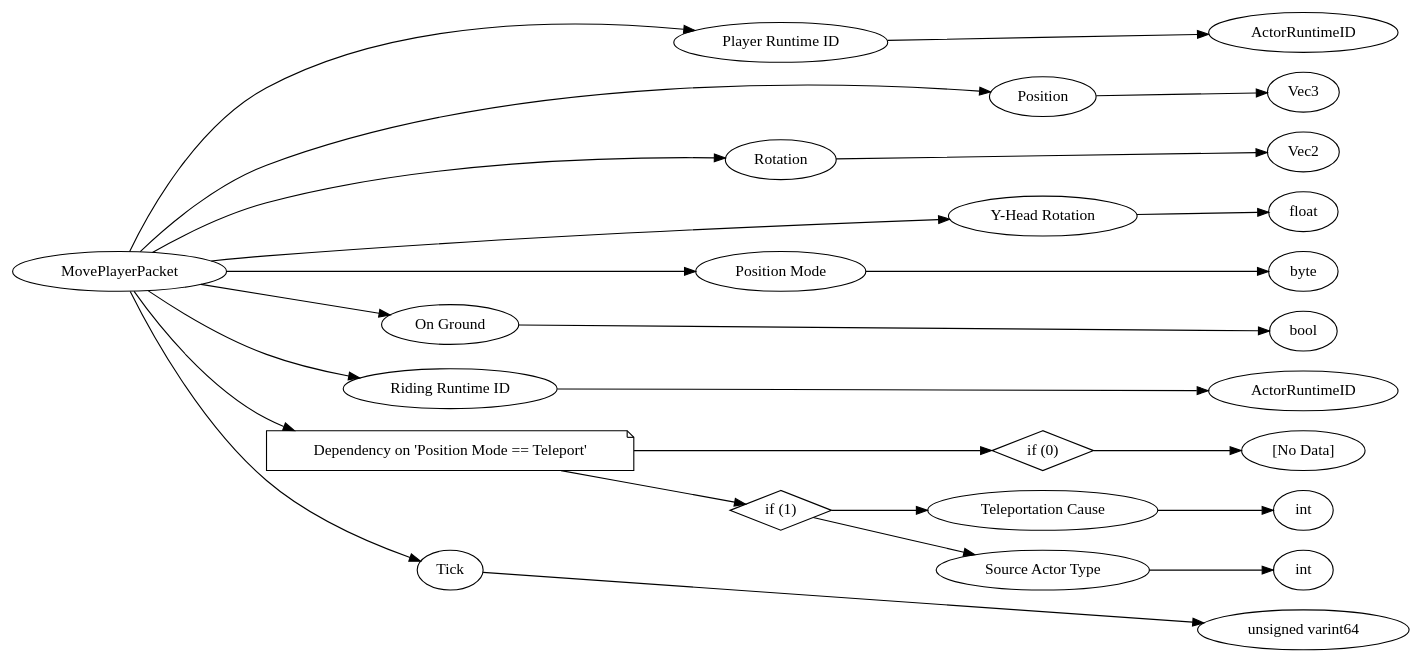
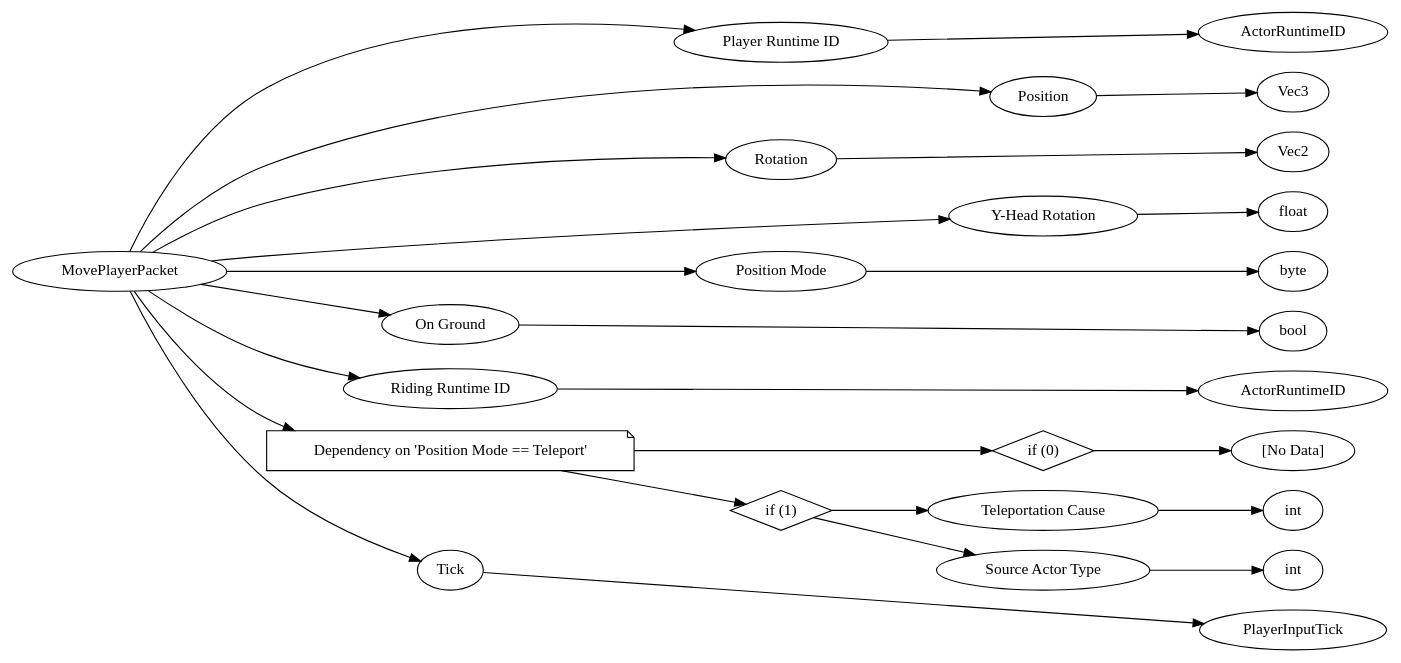
Before and after one commit to MiemieMethod/bedrock-docs-generator: the diagram in assets/protocols/dot/MovePlayerPacket.dot, drawn with Graphviz. The commit also changed 286 other files, not shown here.

```diff
--- a/assets/protocols/dot/MovePlayerPacket.dot
+++ b/assets/protocols/dot/MovePlayerPacket.dot
@@ -1,56 +1,56 @@
 digraph "MovePlayerPacket" {
 rankdir = LR
 0
 0 -> 1
 1 -> 2
 0 -> 3
 3 -> 4
 0 -> 5
 5 -> 6
 0 -> 7
 7 -> 8
 0 -> 9
 9 -> 10
 0 -> 11
 11 -> 12
 0 -> 13
 13 -> 14
 0 -> 15
 15 -> 16
 16 -> 17
 15 -> 18
 18 -> 19
 19 -> 20
 18 -> 21
 21 -> 22
 0 -> 23
-23 -> 24
+23 -> 27
 
 0 [label="MovePlayerPacket",comment="name: \"MovePlayerPacket\", typeName: \"\", id: 0, branchId: 19, recurseId: -1, attributes: 0, notes: \"\""];
-1 [label="Player Runtime ID",comment="name: \"Player Runtime ID\", typeName: \"ActorRuntimeID\", id: 1, branchId: 0, recurseId: -1, attributes: 256, notes: \"\""];
+1 [label="Player Runtime ID",comment="name: \"Player Runtime ID\", typeName: \"ActorRuntimeID\", id: 1, branchId: 0, recurseId: -1, attributes: 256, notes: \"If server-bound, this is always the id of the sending player. If client-bound, the target player.\""];
 2 [label="ActorRuntimeID",comment="name: \"ActorRuntimeID\", typeName: \"\", id: 2, branchId: 0, recurseId: -1, attributes: 512, notes: \"\""];
-3 [label="Position",comment="name: \"Position\", typeName: \"Vec3\", id: 3, branchId: 0, recurseId: -1, attributes: 256, notes: \"\""];
+3 [label="Position",comment="name: \"Position\", typeName: \"Vec3\", id: 3, branchId: 0, recurseId: -1, attributes: 256, notes: \"The predicted world space position of the player after movement simulation this tick. The server authoritative equivalent of this is PlayerAuthInputPacket::mPos\""];
 4 [label="Vec3",comment="name: \"Vec3\", typeName: \"\", id: 4, branchId: 0, recurseId: -1, attributes: 512, notes: \"\""];
-5 [label="Rotation",comment="name: \"Rotation\", typeName: \"Vec2\", id: 5, branchId: 0, recurseId: -1, attributes: 256, notes: \"\""];
+5 [label="Rotation",comment="name: \"Rotation\", typeName: \"Vec2\", id: 5, branchId: 0, recurseId: -1, attributes: 256, notes: \"Rotation in degrees of the direction they should look, separate from their body orientation. The server authoritative equivalent of this is PlayerAuthInputPacket::mRot\""];
 6 [label="Vec2",comment="name: \"Vec2\", typeName: \"\", id: 6, branchId: 0, recurseId: -1, attributes: 512, notes: \"\""];
-7 [label="Y-Head Rotation",comment="name: \"Y-Head Rotation\", typeName: \"\", id: 7, branchId: 0, recurseId: -1, attributes: 0, notes: \"\""];
+7 [label="Y-Head Rotation",comment="name: \"Y-Head Rotation\", typeName: \"\", id: 7, branchId: 0, recurseId: -1, attributes: 0, notes: \"Rotation in degrees of the head. Almost always matches Y rotation. The server authoritative equivalent of this is PlayerAuthInputPacket::mYHeadRot\""];
 8 [label="float",comment="name: \"float\", typeName: \"\", id: 8, branchId: 0, recurseId: -1, attributes: 512, notes: \"\""];
-9 [label="Position Mode",comment="name: \"Position Mode\", typeName: \"\", id: 9, branchId: 0, recurseId: -1, attributes: 0, notes: \"\""];
+9 [label="Position Mode",comment="name: \"Position Mode\", typeName: \"\", id: 9, branchId: 0, recurseId: -1, attributes: 0, notes: \"Determines how the client will behave when receiving this, see the enum for details. When sent to the server this is always 'Normal' except when in a vehicle then it's 'OnlyHeadRot'.\""];
 10 [label="byte",comment="name: \"byte\", typeName: \"\", id: 10, branchId: 0, recurseId: -1, attributes: 512, notes: \"\""];
-11 [label="On Ground",comment="name: \"On Ground\", typeName: \"\", id: 11, branchId: 0, recurseId: -1, attributes: 0, notes: \"\""];
+11 [label="On Ground",comment="name: \"On Ground\", typeName: \"\", id: 11, branchId: 0, recurseId: -1, attributes: 0, notes: \"For client bound packets this should have little meaning as it will be reset by the client every frame. For server bound it is true if the player is currently touching the ground. This is indicated by physics trying to move the player down and being stopped by collision. If the player falls freely or moves up it is cleared. If the player isn't affected by gravity this will stay at whatever value it had. The server authoritative near-equivalent of this is PlayerAuthInputPacket::InputData::VerticalCollision\""];
 12 [label="bool",comment="name: \"bool\", typeName: \"\", id: 12, branchId: 0, recurseId: -1, attributes: 512, notes: \"\""];
-13 [label="Riding Runtime ID",comment="name: \"Riding Runtime ID\", typeName: \"ActorRuntimeID\", id: 13, branchId: 0, recurseId: -1, attributes: 256, notes: \"\""];
+13 [label="Riding Runtime ID",comment="name: \"Riding Runtime ID\", typeName: \"ActorRuntimeID\", id: 13, branchId: 0, recurseId: -1, attributes: 256, notes: \"If client bound this has no meaning. If server bound it is the vehicle the client is riding as specified by the last SetActorLinkPacket from the server. The server authoritative near-equivalent is PlayerAuthInputPacket::mClientPredictedVehicle\""];
 14 [label="ActorRuntimeID",comment="name: \"ActorRuntimeID\", typeName: \"\", id: 14, branchId: 0, recurseId: -1, attributes: 512, notes: \"\""];
 15 [label="Dependency on 'Position Mode == Teleport'",shape=note,comment="name: \"Dependency on 'Position Mode == Teleport'\", typeName: \"\", id: 15, branchId: 0, recurseId: -1, attributes: 2, notes: \"\""];
 16 [label="if (0)",shape=diamond,comment="name: \"if (0)\", typeName: \"\", id: 16, branchId: 0, recurseId: -1, attributes: 4, notes: \"\""];
 17 [label="[No Data]",comment="name: \"[No Data]\", typeName: \"\", id: 17, branchId: 0, recurseId: -1, attributes: 512, notes: \"\""];
 18 [label="if (1)",shape=diamond,comment="name: \"if (1)\", typeName: \"\", id: 18, branchId: 1, recurseId: -1, attributes: 4, notes: \"\""];
-19 [label="Teleportation Cause",comment="name: \"Teleportation Cause\", typeName: \"\", id: 19, branchId: 0, recurseId: -1, attributes: 0, notes: \"\""];
+19 [label="Teleportation Cause",comment="name: \"Teleportation Cause\", typeName: \"\", id: 19, branchId: 0, recurseId: -1, attributes: 0, notes: \"Always zero if server bound.\""];
 20 [label="int",comment="name: \"int\", typeName: \"\", id: 20, branchId: 0, recurseId: -1, attributes: 512, notes: \"\""];
-21 [label="Source Actor Type",comment="name: \"Source Actor Type\", typeName: \"\", id: 21, branchId: 0, recurseId: -1, attributes: 0, notes: \"\""];
+21 [label="Source Actor Type",comment="name: \"Source Actor Type\", typeName: \"\", id: 21, branchId: 0, recurseId: -1, attributes: 0, notes: \"Always zero if server bound.\""];
 22 [label="int",comment="name: \"int\", typeName: \"\", id: 22, branchId: 0, recurseId: -1, attributes: 512, notes: \"\""];
-23 [label="Tick",comment="name: \"Tick\", typeName: \"\", id: 23, branchId: 0, recurseId: -1, attributes: 0, notes: \"Should be the tick we last processed from PlayerAuthInputPacket or 0 if we're not doing server authoritative movement\""];
-24 [label="unsigned varint64",comment="name: \"unsigned varint64\", typeName: \"\", id: 24, branchId: 0, recurseId: -1, attributes: 512, notes: \"\""];
-{ rank = max;2;4;6;8;10;12;14;17;20;22;24}
+23 [label="Tick",comment="name: \"Tick\", typeName: \"PlayerInputTick\", id: 23, branchId: 0, recurseId: -1, attributes: 256, notes: \"If this packet is referring to the player or a client predicted vehicle they are in control of, this should be the most recently processed PlayerInputTick from their PlayerAuthInputPacket. Otherwise zero.\""];
+27 [label="PlayerInputTick",comment="name: \"PlayerInputTick\", typeName: \"\", id: 27, branchId: 0, recurseId: -1, attributes: 512, notes: \"\""];
+{ rank = max;2;4;6;8;10;12;14;17;20;22;27}
 
 }
```
